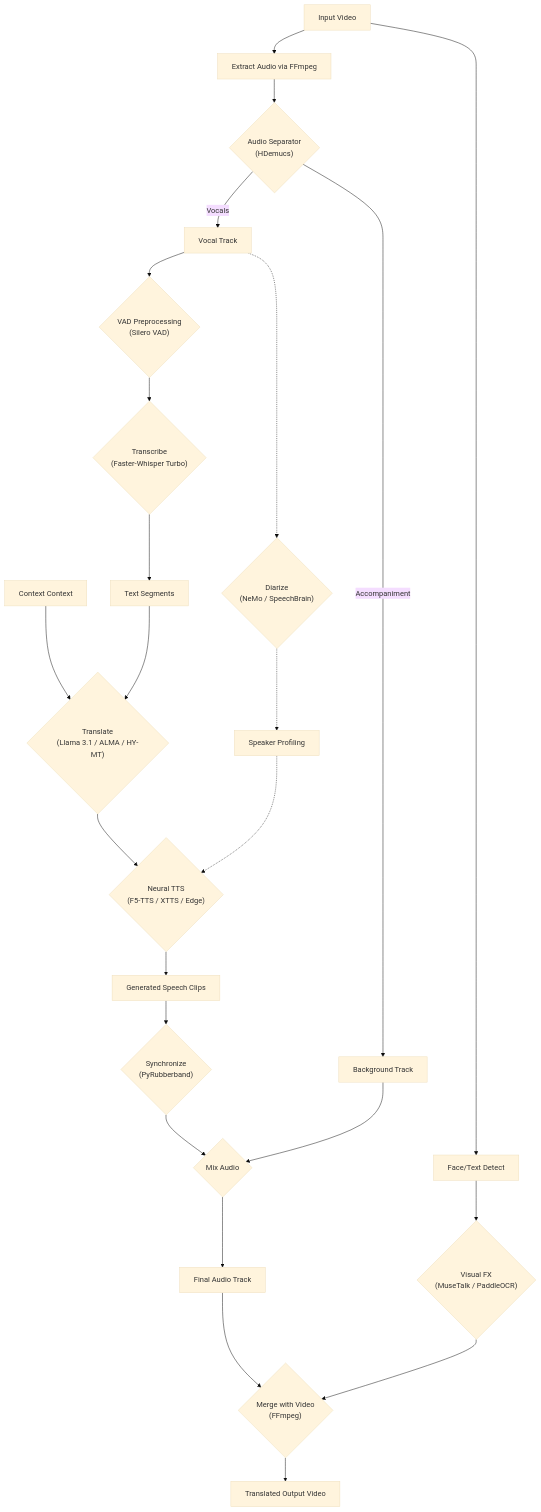
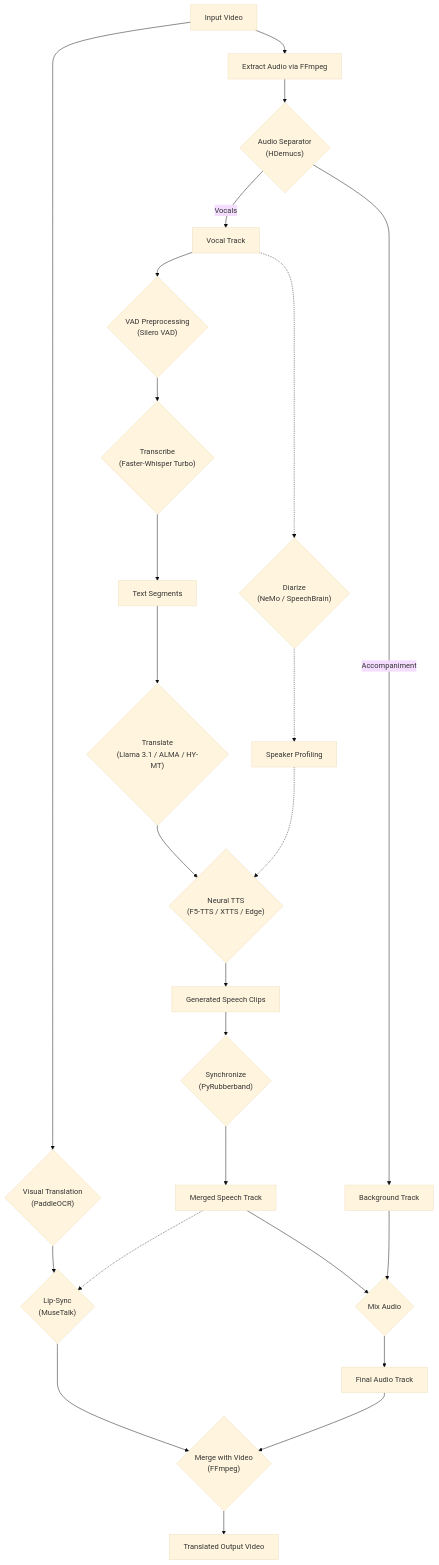
One commit to overcrash66/video-translator changed the diagram in README.md. Above: the diagram before and after it, drawn with Mermaid (base theme). The commit also changed other lines of this file and 6 other files, not shown here.

````diff
--- a/README.md
+++ b/README.md
@@ -109,35 +111,38 @@
 ```mermaid
 flowchart TD
     Video[Input Video] --> Extract[Extract Audio via FFmpeg]
     Extract --> Separator{"Audio Separator<br/>(HDemucs)"}
     
     Separator -->|Vocals| Vocals[Vocal Track]
     Separator -->|Accompaniment| Background[Background Track]
     
     Vocals --> VAD{"VAD Preprocessing<br/>(Silero VAD)"}
     VAD --> Transcribe{"Transcribe<br/>(Faster-Whisper Turbo)"}
     Transcribe --> Segments[Text Segments]
     
     Vocals -.-> Diarize{"Diarize<br/>(NeMo / SpeechBrain)"}
     Diarize -.-> SpeakerProfiling[Speaker Profiling]
     
-    cat1[Context Context] --> Translate
     Segments --> Translate{"Translate<br/>(Llama 3.1 / ALMA / HY-MT)"}
     
     Translate --> TTS{"Neural TTS<br/>(F5-TTS / XTTS / Edge)"}
     SpeakerProfiling -.-> TTS
     TTS --> TTSAudio[Generated Speech Clips]
     
     TTSAudio --> Sync{"Synchronize<br/>(PyRubberband)"}
-    Sync --> Mix{Mix Audio}
+    Sync --> MergedSpeech[Merged Speech Track]
+    
+    MergedSpeech --> Mix{Mix Audio}
     Background --> Mix
     
     Mix --> FinalAudio[Final Audio Track]
     
-    FinalAudio --> Mux{"Merge with Video<br/>(FFmpeg)"}
-    Video --> FaceDetect[Face/Text Detect]
-    FaceDetect --> VisualFX{"Visual FX<br/>(MuseTalk / PaddleOCR)"}
-    VisualFX --> Mux
+    Video --> VisualTrans{"Visual Translation<br/>(PaddleOCR)"}
+    VisualTrans --> LipSync{"Lip-Sync<br/>(MuseTalk)"}
+    MergedSpeech -.-> LipSync
+    
+    LipSync --> Mux{"Merge with Video<br/>(FFmpeg)"}
+    FinalAudio --> Mux
     
     Mux --> Output[Translated Output Video]
 ```
````
